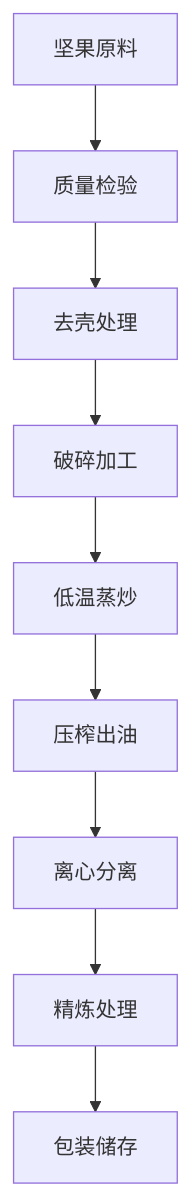
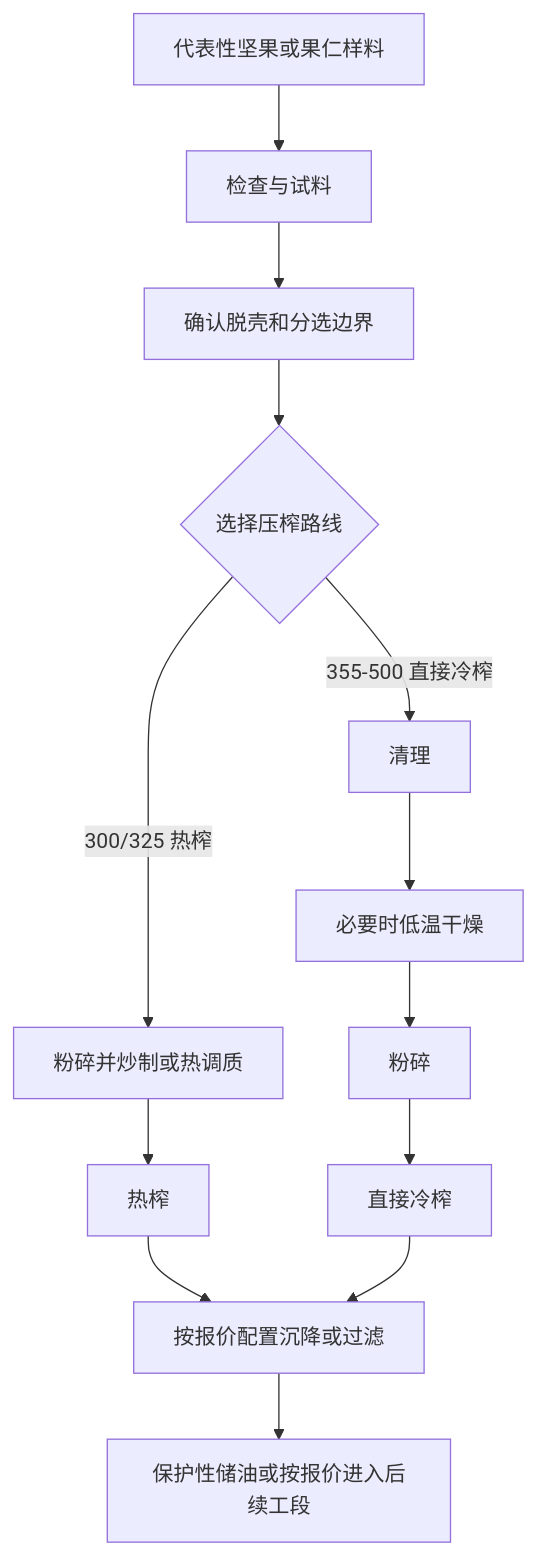
One commit to roryshanshan/oilpress-website changed the diagram in docs/zh/solutions/nuts.md. Above: the diagram before and after it, drawn with Mermaid. The commit also changed other lines of this file and 1420 other files, not shown here.

````diff
--- a/docs/zh/solutions/nuts.md
+++ b/docs/zh/solutions/nuts.md
@@ -78,11 +33,15 @@
 ```mermaid
-graph TD
-    A[坚果原料] --> B[质量检验]
-    B --> C[去壳处理]
-    C --> D[破碎加工]
-    D --> E[低温蒸炒]
-    E --> F[压榨出油]
-    F --> G[离心分离]
-    G --> H[精炼处理]
-    H --> I[包装储存]
+flowchart TD
+    A[代表性坚果或果仁样料] --> B[检查与试料]
+    B --> C[确认脱壳和分选边界]
+    C --> D{选择压榨路线}
+    D -->|300/325 热榨| E[粉碎并炒制或热调质]
+    E --> F[热榨]
+    D -->|355-500 直接冷榨| G[清理]
+    G --> H[必要时低温干燥]
+    H --> I[粉碎]
+    I --> J[直接冷榨]
+    F --> K[按报价配置沉降或过滤]
+    J --> K
+    K --> L[保护性储油或按报价进入后续工段]
 ```
````
